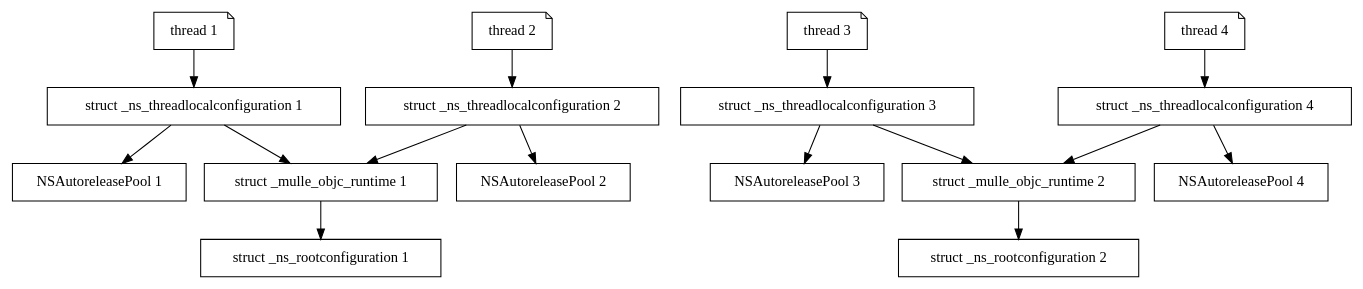
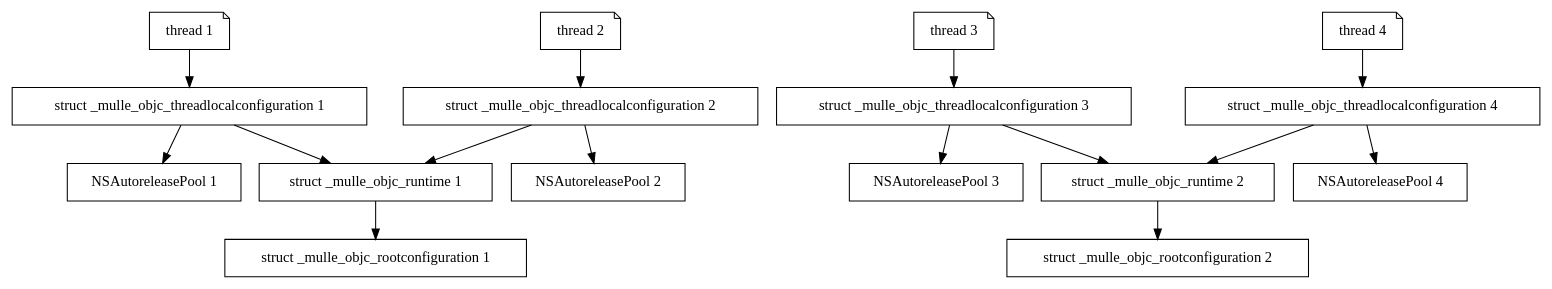
Before and after one commit to mulle-objc/MulleObjC: the diagram in dox/threadlocal.dot, drawn with Graphviz. The commit also changed 158 other files, not shown here.

```diff
--- a/dox/threadlocal.dot
+++ b/dox/threadlocal.dot
@@ -1,35 +1,35 @@
 digraph foo {
 
   node [shape=note];
 
   "thread 1";
   "thread 2";
 
   "thread 3";
   "thread 4";
 
   node [shape=record];
 
-  "thread 1" -> "struct _ns_threadlocalconfiguration 1";
-  "thread 2" -> "struct _ns_threadlocalconfiguration 2";
+  "thread 1" -> "struct _mulle_objc_threadlocalconfiguration 1";
+  "thread 2" -> "struct _mulle_objc_threadlocalconfiguration 2";
 
-  "thread 3" -> "struct _ns_threadlocalconfiguration 3";
-  "thread 4" -> "struct _ns_threadlocalconfiguration 4";
+  "thread 3" -> "struct _mulle_objc_threadlocalconfiguration 3";
+  "thread 4" -> "struct _mulle_objc_threadlocalconfiguration 4";
 
-  "struct _ns_threadlocalconfiguration 1" -> "struct _mulle_objc_runtime 1";
-  "struct _ns_threadlocalconfiguration 2" -> "struct _mulle_objc_runtime 1";
+  "struct _mulle_objc_threadlocalconfiguration 1" -> "struct _mulle_objc_runtime 1";
+  "struct _mulle_objc_threadlocalconfiguration 2" -> "struct _mulle_objc_runtime 1";
 
-  "struct _ns_threadlocalconfiguration 1" -> "NSAutoreleasePool 1";
-  "struct _ns_threadlocalconfiguration 2" -> "NSAutoreleasePool 2";
-  "struct _ns_threadlocalconfiguration 3" -> "NSAutoreleasePool 3";
-  "struct _ns_threadlocalconfiguration 4" -> "NSAutoreleasePool 4";
+  "struct _mulle_objc_threadlocalconfiguration 1" -> "NSAutoreleasePool 1";
+  "struct _mulle_objc_threadlocalconfiguration 2" -> "NSAutoreleasePool 2";
+  "struct _mulle_objc_threadlocalconfiguration 3" -> "NSAutoreleasePool 3";
+  "struct _mulle_objc_threadlocalconfiguration 4" -> "NSAutoreleasePool 4";
 
-  "struct _ns_threadlocalconfiguration 3" -> "struct _mulle_objc_runtime 2";
-  "struct _ns_threadlocalconfiguration 4" -> "struct _mulle_objc_runtime 2";
+  "struct _mulle_objc_threadlocalconfiguration 3" -> "struct _mulle_objc_runtime 2";
+  "struct _mulle_objc_threadlocalconfiguration 4" -> "struct _mulle_objc_runtime 2";
 
   "struct _mulle_objc_runtime 1";
-  "struct _mulle_objc_runtime 1" -> "struct _ns_rootconfiguration 1";
+  "struct _mulle_objc_runtime 1" -> "struct _mulle_objc_rootconfiguration 1";
 
-  "struct _mulle_objc_runtime 2" -> "struct _ns_rootconfiguration 2" ;
+  "struct _mulle_objc_runtime 2" -> "struct _mulle_objc_rootconfiguration 2" ;
   "struct _mulle_objc_runtime 2";
 }
```
